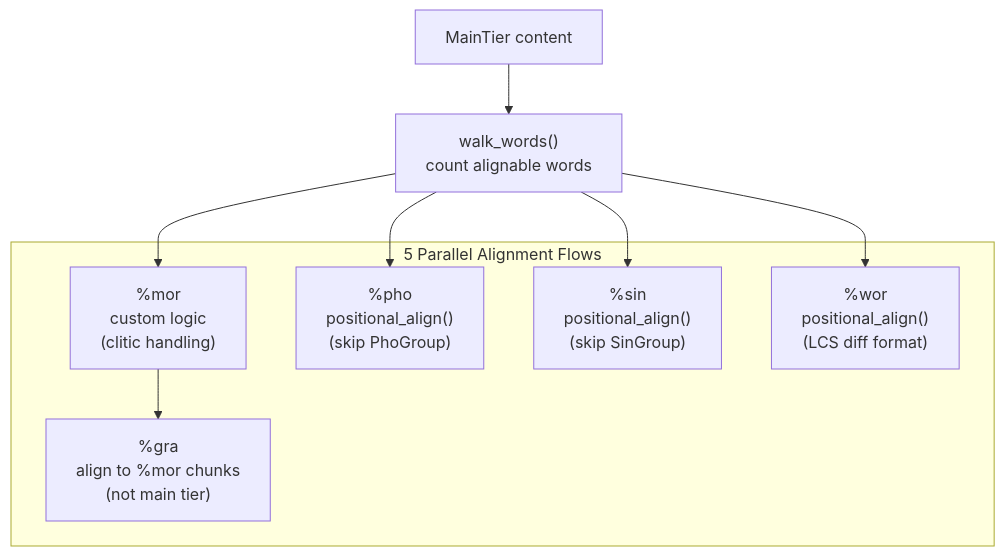
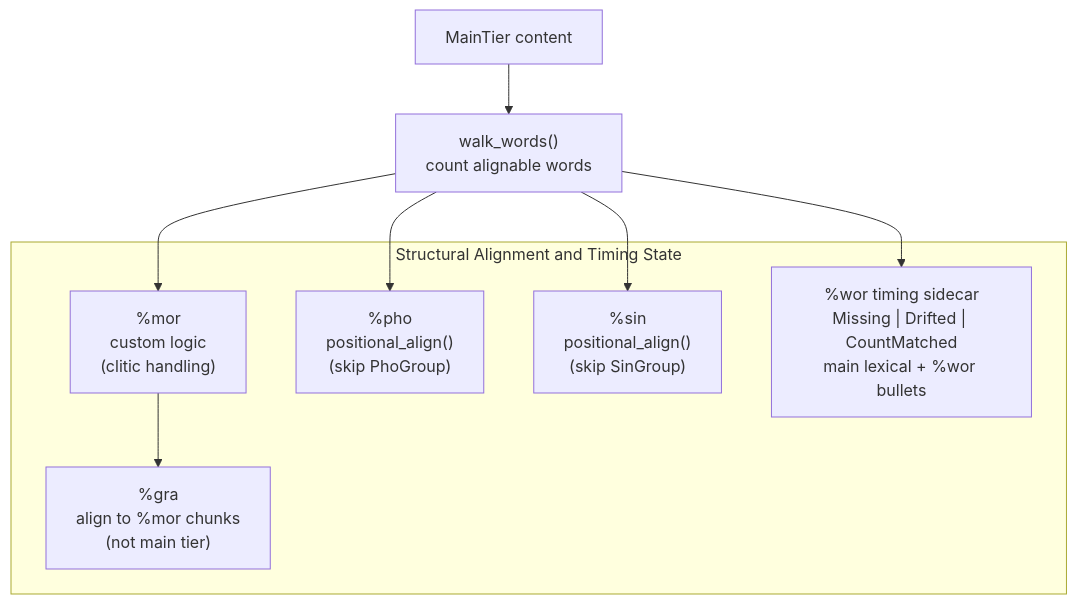
The third of 3 diagrams in book/src/architecture/chat-model/chat-model.md (TalkBank/chatter), drawn with Mermaid before and after one commit. The commit also changed other lines of this file and 141 other files, not shown here.

````diff
--- a/book/src/architecture/chat-model/chat-model.md
+++ b/book/src/architecture/chat-model/chat-model.md
@@ -286,17 +287,17 @@
 ```mermaid
 flowchart TD
     main["MainTier content"]
     walker["walk_words()\ncount alignable words"]
 
-    subgraph "5 Parallel Alignment Flows"
+    subgraph "Structural Alignment and Timing State"
         mor["%mor\ncustom logic\n(clitic handling)"]
         pho["%pho\npositional_align()\n(skip PhoGroup)"]
         sin["%sin\npositional_align()\n(skip SinGroup)"]
-        wor["%wor\npositional_align()\n(LCS diff format)"]
+        wor["%wor timing sidecar\nMissing | Drifted | CountMatched\nmain lexical + %wor bullets"]
         gra["%gra\nalign to %mor chunks\n(not main tier)"]
     end
 
     main --> walker
     walker --> mor & pho & sin & wor
     mor --> gra
 ```
````
